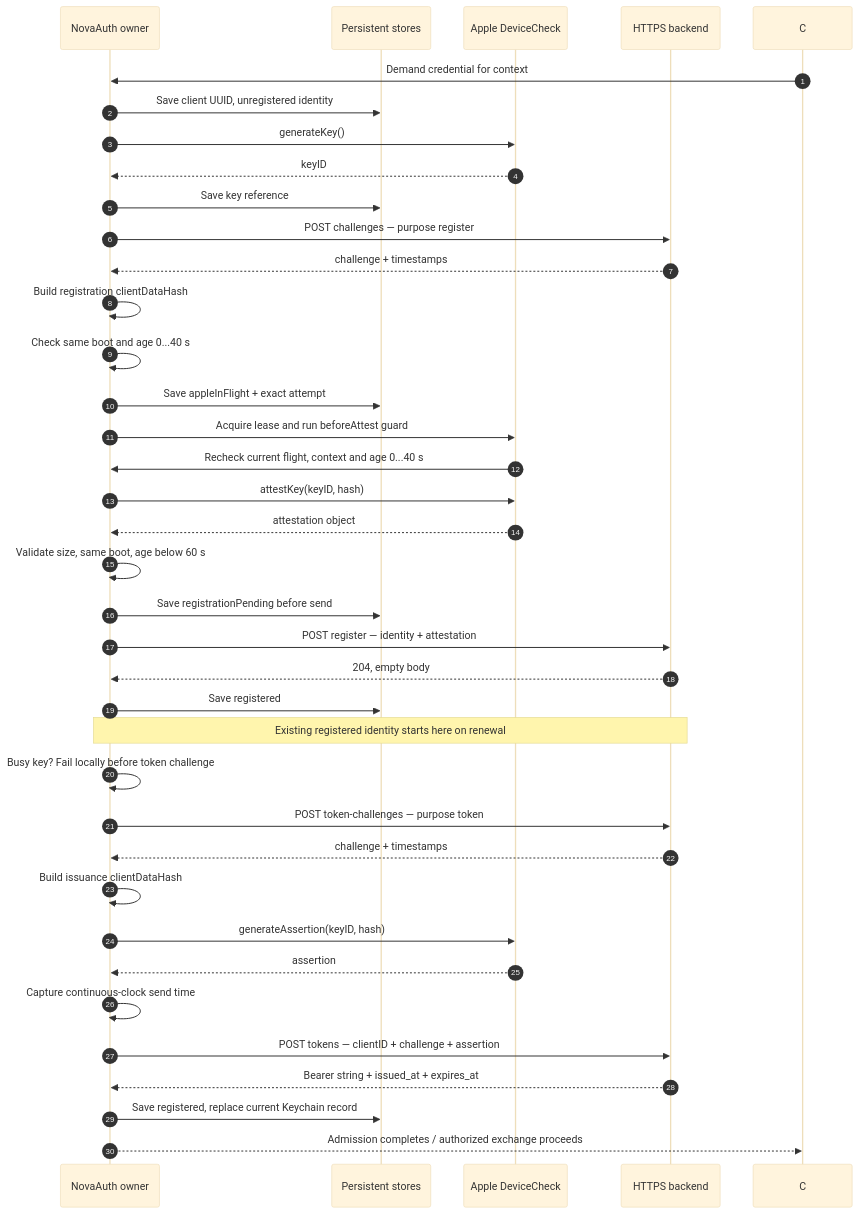
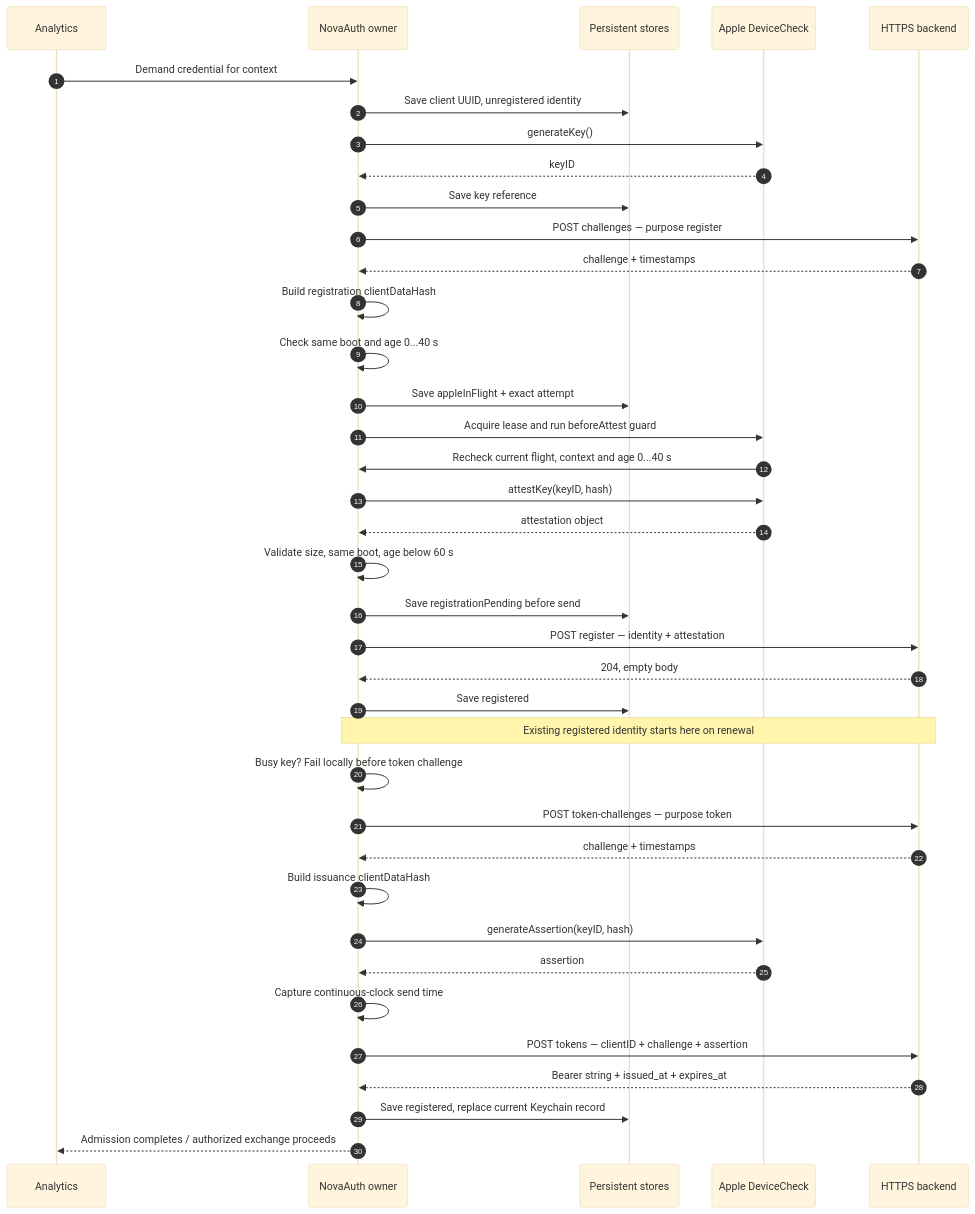
Before and after one commit to novasamatech/nova-wallet-ios: the second of 8 diagrams in .claude/docs/architecture/novaauth-client-diagrams.md, drawn with Mermaid (base theme). The commit also changed other lines of this file and 5 other files, not shown here.

````diff
--- a/.claude/docs/architecture/novaauth-client-diagrams.md
+++ b/.claude/docs/architecture/novaauth-client-diagrams.md
@@ -46,39 +47,40 @@
 ```mermaid
 sequenceDiagram
   autonumber
+  participant C as Analytics
   participant N as NovaAuth owner
   participant S as Persistent stores
   participant A as Apple DeviceCheck
   participant H as HTTPS backend
   C->>N: Demand credential for context
   N->>S: Save client UUID, unregistered identity
   N->>A: generateKey()
   A-->>N: keyID
   N->>S: Save key reference
   N->>H: POST challenges — purpose register
   H-->>N: challenge + timestamps
   N->>N: Build registration clientDataHash
   N->>N: Check same boot and age 0...40 s
   N->>S: Save appleInFlight + exact attempt
   N->>A: Acquire lease and run beforeAttest guard
   A->>N: Recheck current flight, context and age 0...40 s
   N->>A: attestKey(keyID, hash)
   A-->>N: attestation object
   N->>N: Validate size, same boot, age below 60 s
   N->>S: Save registrationPending before send
   N->>H: POST register — identity + attestation
   H-->>N: 204, empty body
   N->>S: Save registered
   Note over N,H: Existing registered identity starts here on renewal
   N->>N: Busy key? Fail locally before token challenge
   N->>H: POST token-challenges — purpose token
   H-->>N: challenge + timestamps
   N->>N: Build issuance clientDataHash
   N->>A: generateAssertion(keyID, hash)
   A-->>N: assertion
   N->>N: Capture continuous-clock send time
   N->>H: POST tokens — clientID + challenge + assertion
   H-->>N: Bearer string + issued_at + expires_at
   N->>S: Save registered, replace current Keychain record
   N-->>C: Admission completes / authorized exchange proceeds
 ```
````
